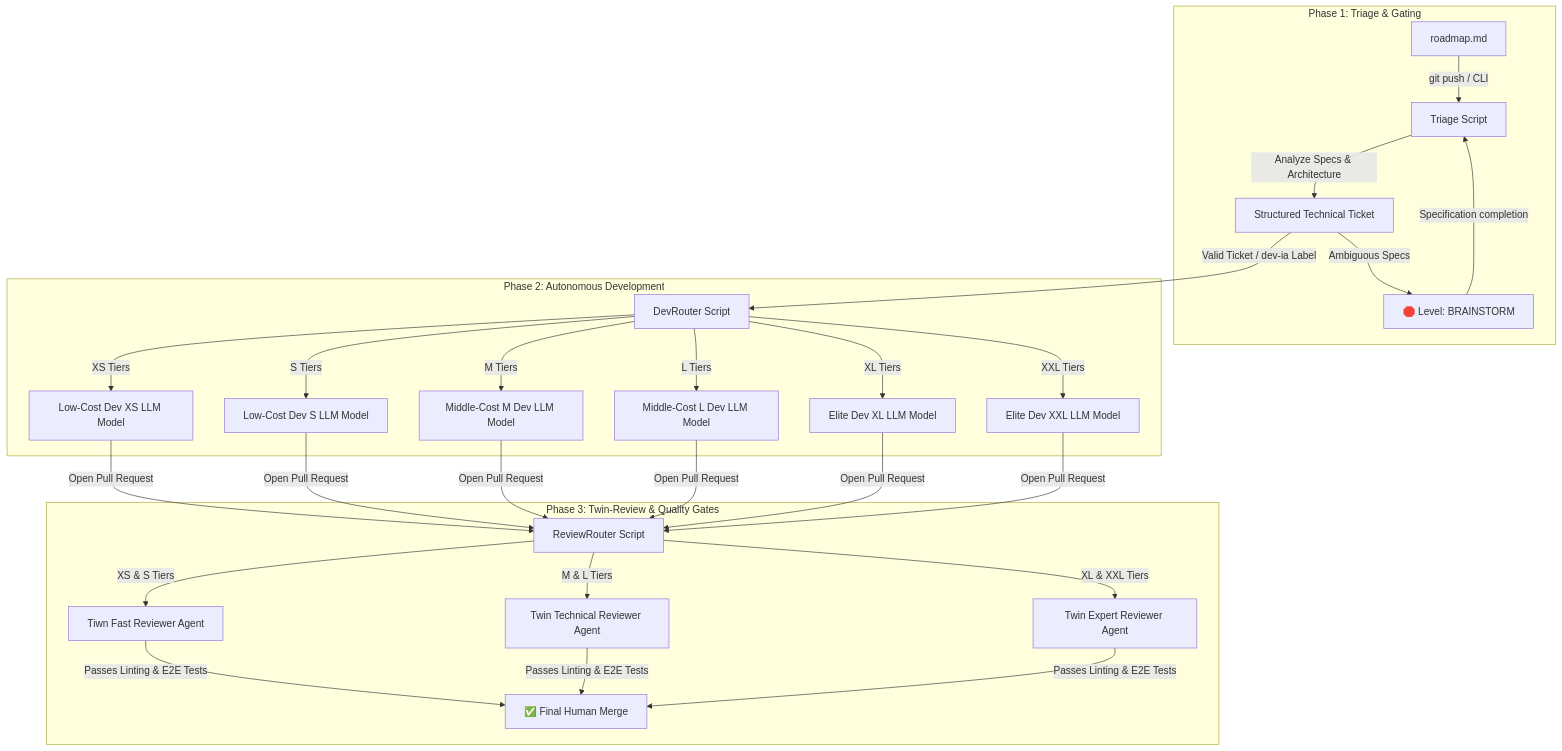
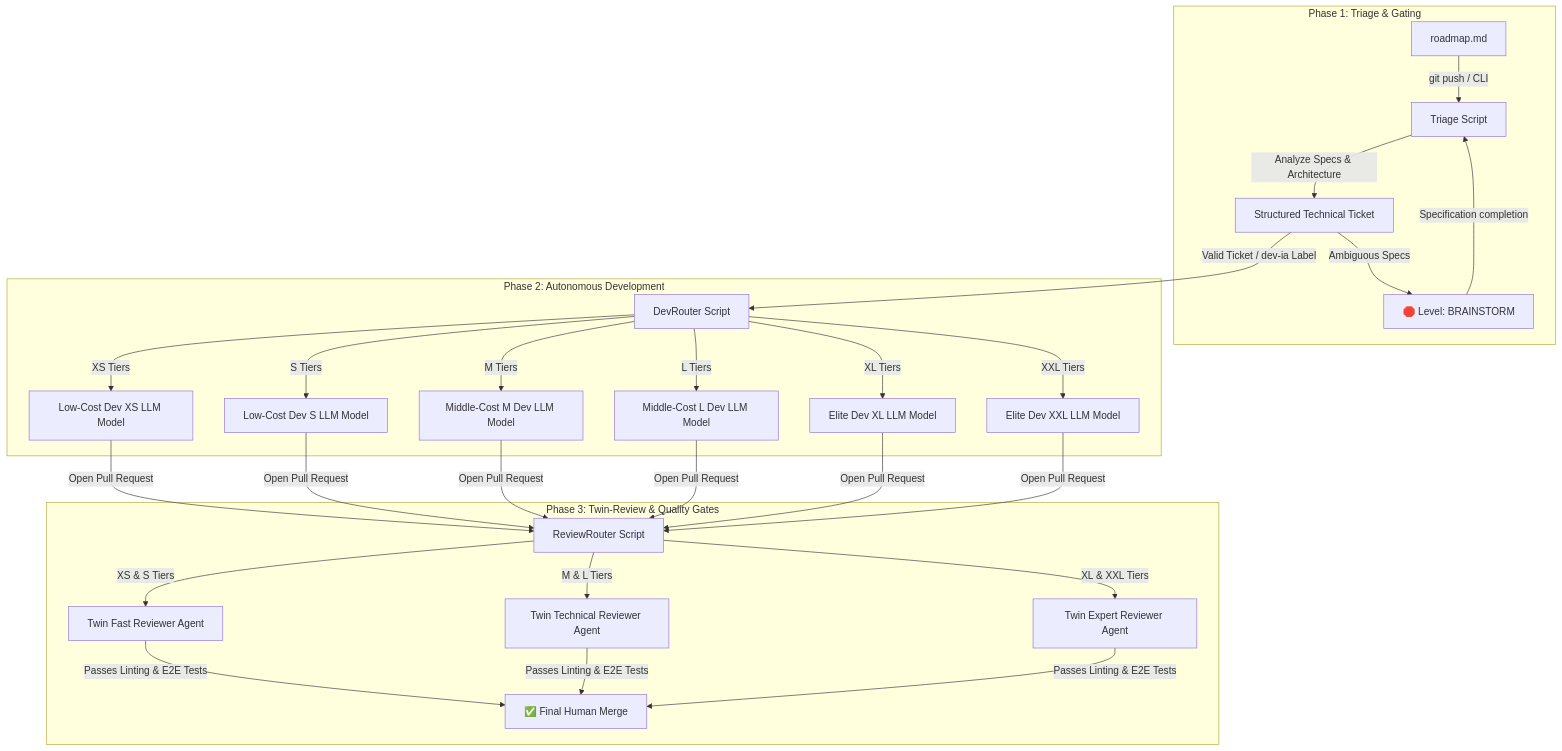
The diagram in README.md (fletort/smart-ai-factory), drawn with Mermaid before and after one commit.

Commit message:
Potential fix for pull request finding

````diff
--- a/README.md
+++ b/README.md
@@ -11,36 +11,36 @@
 ```mermaid
 graph TD
     subgraph Phase 1: Triage & Gating
         RM[roadmap.md] -->|git push / CLI| TR[Triage Script]
         TR -->|Analyze Specs & Architecture| JSON[Structured Technical Ticket]
         JSON -->|Ambiguous Specs| BS[🛑 Level: BRAINSTORM]
         BS -->|Specification completion| TR
     end
 
     subgraph Phase 2: Autonomous Development
         JSON -->|Valid Ticket / dev-ia Label| DEV[DevRouter Script]
         DEV -->|XS Tiers| XS_DEV[Low-Cost Dev XS LLM Model]
         DEV -->|S Tiers| S_DEV[Low-Cost Dev S LLM Model]
         DEV -->|M Tiers| M_DEV[Middle-Cost M Dev LLM Model]
         DEV -->|L Tiers| L_DEV[Middle-Cost L Dev LLM Model]
         DEV -->|XL Tiers| XL_DEV[Elite Dev XL LLM Model]
         DEV -->|XXL Tiers| XXL_DEV[Elite Dev XXL LLM Model]
     end
 
     subgraph Phase 3: Twin-Review & Quality Gates
         XS_DEV -->|Open Pull Request| REV[ReviewRouter Script]
         S_DEV -->|Open Pull Request| REV
         M_DEV -->|Open Pull Request| REV
         L_DEV -->|Open Pull Request| REV
         XL_DEV -->|Open Pull Request| REV
         XXL_DEV -->|Open Pull Request| REV
 
-        REV -->|XS & S Tiers| REV_FAST[Tiwn Fast Reviewer Agent]
+        REV -->|XS & S Tiers| REV_FAST[Twin Fast Reviewer Agent]
         REV -->|M & L Tiers| REV_TECH[Twin Technical Reviewer Agent]
         REV -->|XL & XXL Tiers| REV_ARCHI[Twin Expert Reviewer Agent]
 
         REV_FAST -->|Passes Linting & E2E Tests| MRG[✅ Final Human Merge]
         REV_TECH -->|Passes Linting & E2E Tests| MRG
         REV_ARCHI -->|Passes Linting & E2E Tests| MRG
     end
 ```
````
